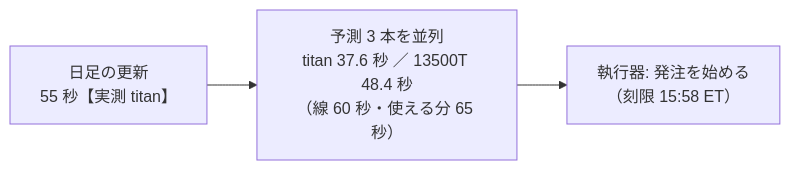
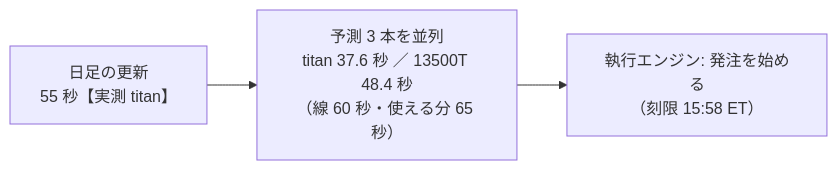
Diagram 12 of 21 in docs/specs/experiments/live-trading.md (akiraak/ai-income-lab), drawn with Mermaid before and after one commit. The commit also changed other lines of this file and 45 other files, not shown here.

````diff
--- a/docs/specs/experiments/live-trading.md
+++ b/docs/specs/experiments/live-trading.md
@@ -963,5 +963,5 @@
 ```mermaid
 flowchart LR
   A["日足の更新<br/>55 秒【実測 titan】"] --> B["予測 3 本を並列<br/>titan 37.6 秒 ／ 13500T 48.4 秒<br/>（線 60 秒・使える分 65 秒）"]
-  B --> C["執行器: 発注を始める<br/>（刻限 15:58 ET）"]
+  B --> C["執行エンジン: 発注を始める<br/>（刻限 15:58 ET）"]
 ```
````
